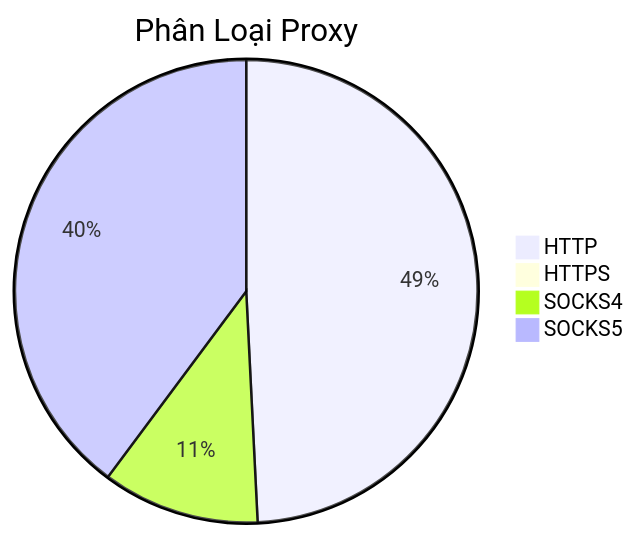
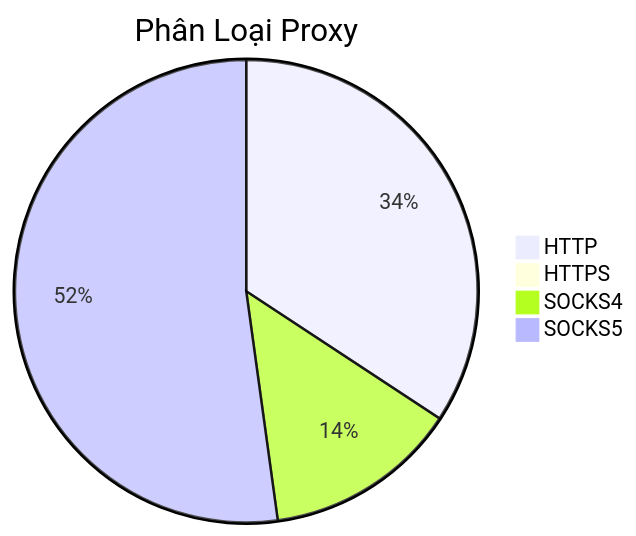
The diagram in README.md (Ciara-Aa/PROXY-free), drawn with Mermaid before and after one commit. The commit also changed other lines of this file and 4 other files, not shown here.

````diff
--- a/README.md
+++ b/README.md
@@ -26,7 +26,7 @@
 ```mermaid
 pie title Phân Loại Proxy
-    "HTTP" : 1408
-    "HTTPS" : 2
-    "SOCKS4" : 314
-    "SOCKS5" : 1139
+    "HTTP" : 786
+    "HTTPS" : 3
+    "SOCKS4" : 311
+    "SOCKS5" : 1197
 ```
````
